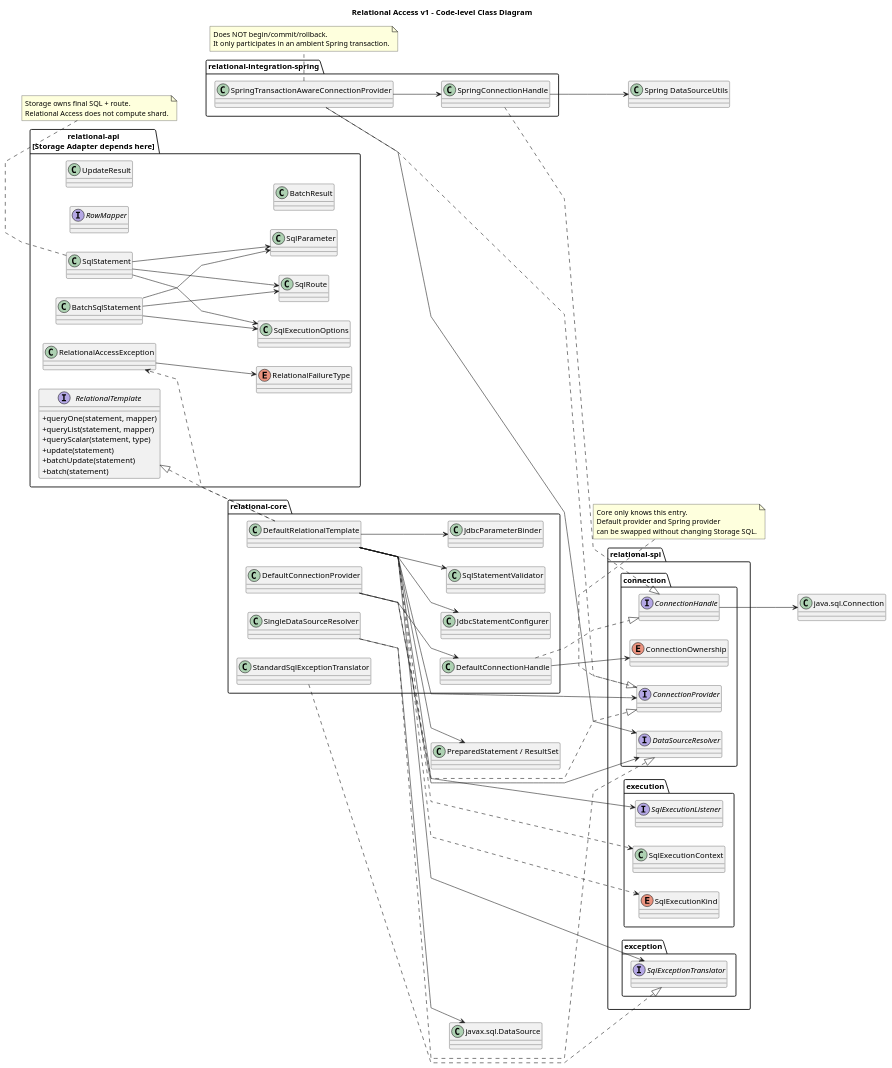
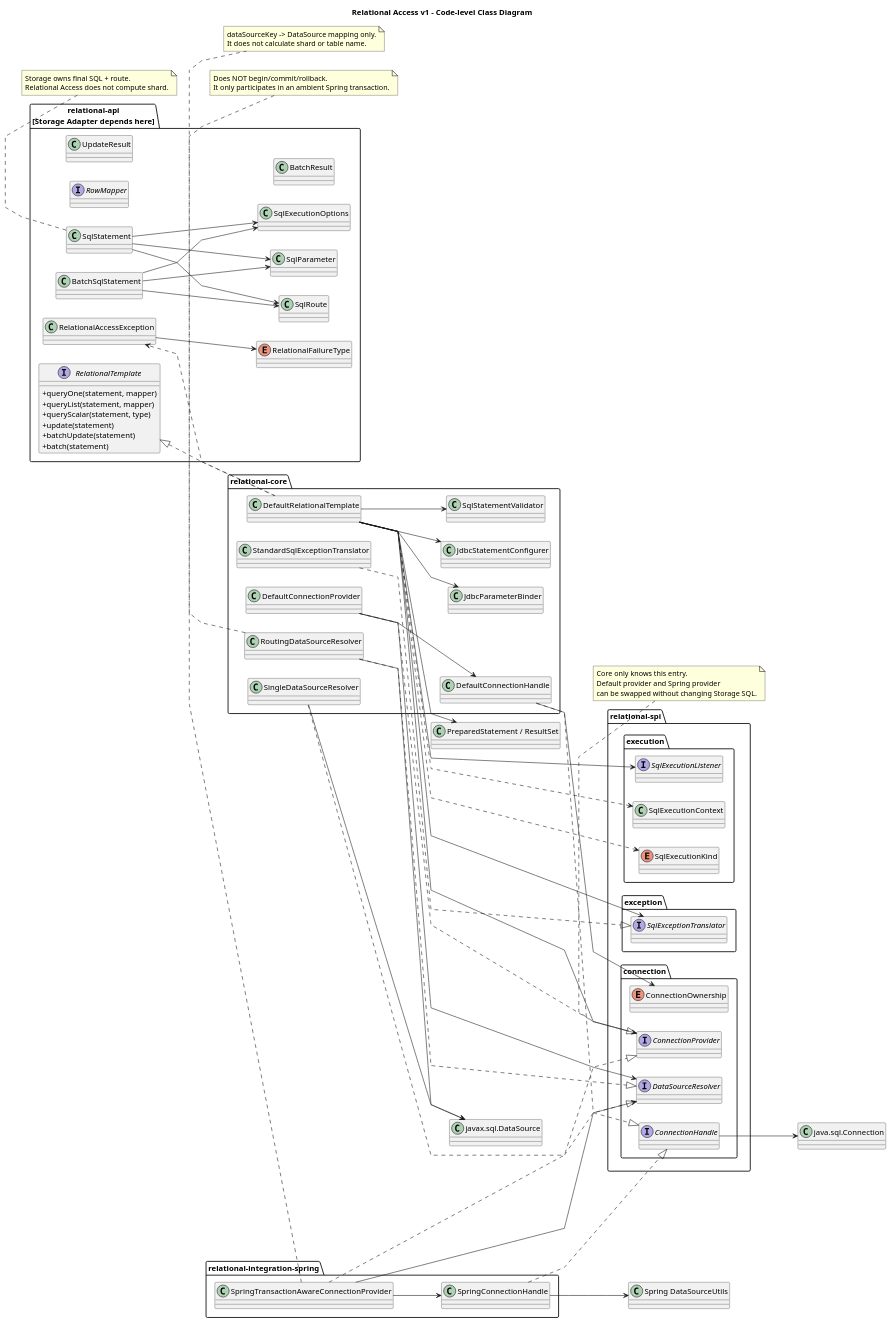
The diagram in component/relational-access-component/docs/component/02-core-class-diagram.puml (pbxjtumse/iron-components-java), drawn with PlantUML before and after one commit.

Commit message:
docs(relational-access): update class diagram for routing resolver

```diff
--- a/component/relational-access-component/docs/component/02-core-class-diagram.puml
+++ b/component/relational-access-component/docs/component/02-core-class-diagram.puml
@@ -1,121 +1,129 @@
 @startuml
 title Relational Access v1 - Code-level Class Diagram
 
 left to right direction
 skinparam shadowing false
 skinparam linetype polyline
 skinparam classAttributeIconSize 0
 
 package "relational-api\n[Storage Adapter depends here]" {
   interface RelationalTemplate {
     + queryOne(statement, mapper)
     + queryList(statement, mapper)
     + queryScalar(statement, type)
     + update(statement)
     + batchUpdate(statement)
     + batch(statement)
   }
   class SqlStatement
   class BatchSqlStatement
   class SqlParameter
   class SqlExecutionOptions
   class SqlRoute
   interface RowMapper
   class UpdateResult
   class BatchResult
   class RelationalAccessException
   enum RelationalFailureType
 }
 
 package "relational-core" {
   class DefaultRelationalTemplate
   class SqlStatementValidator
   class JdbcParameterBinder
   class JdbcStatementConfigurer
   class DefaultConnectionProvider
   class DefaultConnectionHandle
   class SingleDataSourceResolver
+  class RoutingDataSourceResolver
   class StandardSqlExceptionTranslator
 }
 
 package "relational-spi.connection" {
   interface ConnectionProvider
   interface ConnectionHandle
   enum ConnectionOwnership
   interface DataSourceResolver
 }
 
 package "relational-spi.exception" {
   interface SqlExceptionTranslator
 }
 
 package "relational-spi.execution" {
   interface SqlExecutionListener
   class SqlExecutionContext
   enum SqlExecutionKind
 }
 
 package "relational-integration-spring" {
   class SpringTransactionAwareConnectionProvider
   class SpringConnectionHandle
 }
 
 class "javax.sql.DataSource" as DataSource
 class "java.sql.Connection" as Connection
 class "PreparedStatement / ResultSet" as JDBC
 class "Spring DataSourceUtils" as DataSourceUtils
 
 RelationalTemplate <|.. DefaultRelationalTemplate
 DefaultRelationalTemplate --> SqlStatementValidator
 DefaultRelationalTemplate --> JdbcParameterBinder
 DefaultRelationalTemplate --> JdbcStatementConfigurer
 DefaultRelationalTemplate --> ConnectionProvider
 DefaultRelationalTemplate --> SqlExceptionTranslator
 DefaultRelationalTemplate --> SqlExecutionListener
 DefaultRelationalTemplate ..> SqlExecutionContext
 DefaultRelationalTemplate ..> SqlExecutionKind
 DefaultRelationalTemplate ..> RelationalAccessException
 
 SqlStatement --> SqlParameter
 SqlStatement --> SqlExecutionOptions
 SqlStatement --> SqlRoute
 BatchSqlStatement --> SqlParameter
 BatchSqlStatement --> SqlExecutionOptions
 BatchSqlStatement --> SqlRoute
 RelationalAccessException --> RelationalFailureType
 
 DefaultConnectionProvider ..|> ConnectionProvider
 DefaultConnectionProvider --> DataSourceResolver
 DefaultConnectionProvider --> DefaultConnectionHandle
 DefaultConnectionHandle ..|> ConnectionHandle
 DefaultConnectionHandle --> ConnectionOwnership
 SingleDataSourceResolver ..|> DataSourceResolver
 SingleDataSourceResolver --> DataSource
+RoutingDataSourceResolver ..|> DataSourceResolver
+RoutingDataSourceResolver --> DataSource
 StandardSqlExceptionTranslator ..|> SqlExceptionTranslator
 
 SpringTransactionAwareConnectionProvider ..|> ConnectionProvider
 SpringTransactionAwareConnectionProvider --> DataSourceResolver
 SpringTransactionAwareConnectionProvider --> SpringConnectionHandle
 SpringConnectionHandle ..|> ConnectionHandle
 SpringConnectionHandle --> DataSourceUtils
 
 ConnectionHandle --> Connection
 DefaultRelationalTemplate --> JDBC
 
 note bottom of ConnectionProvider
 Core only knows this entry.
 Default provider and Spring provider
 can be swapped without changing Storage SQL.
 end note
 
 note bottom of SqlStatement
 Storage owns final SQL + route.
 Relational Access does not compute shard.
 end note
 
+note bottom of RoutingDataSourceResolver
+dataSourceKey -> DataSource mapping only.
+It does not calculate shard or table name.
+end note
+
 note bottom of SpringTransactionAwareConnectionProvider
 Does NOT begin/commit/rollback.
 It only participates in an ambient Spring transaction.
 end note
 
 @enduml
```
